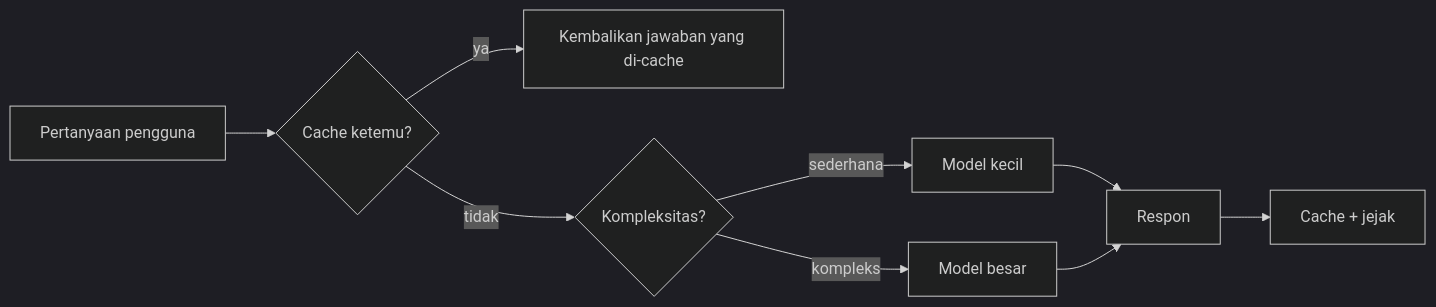
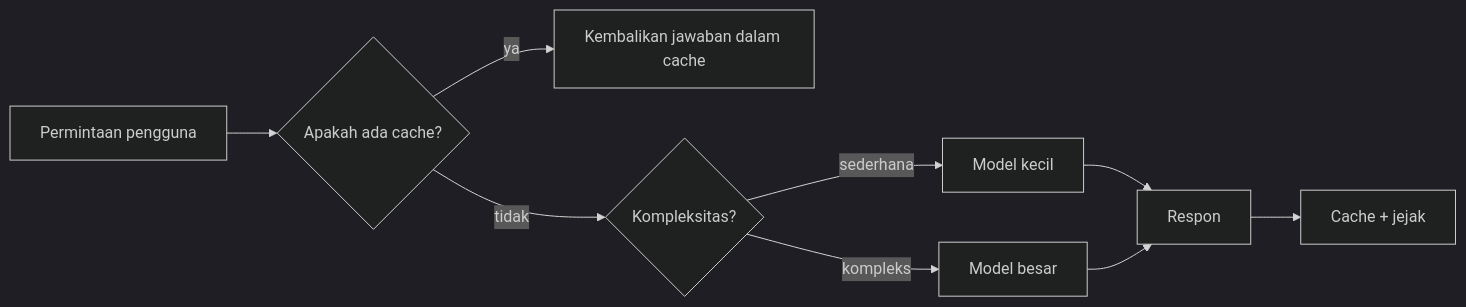
One commit to microsoft/ai-agents-for-beginners changed the third of 4 diagrams in translations/id/16-deploying-scalable-agents/README.md. Above: the diagram before and after it, drawn with Mermaid (dark theme). The commit also changed other lines of this file and 46 other files, not shown here.

````diff
--- a/translations/id/16-deploying-scalable-agents/README.md
+++ b/translations/id/16-deploying-scalable-agents/README.md
@@ -134,11 +134,11 @@
 ```mermaid
 flowchart LR
-    Q[Pertanyaan pengguna] --> C{Cache ketemu?}
-    C -->|ya| R[Kembalikan jawaban yang di-cache]
+    Q[Permintaan pengguna] --> C{Apakah ada cache?}
+    C -->|ya| R[Kembalikan jawaban dalam cache]
     C -->|tidak| Router{Kompleksitas?}
     Router -->|sederhana| SLM[Model kecil]
     Router -->|kompleks| LLM[Model besar]
     SLM --> Out[Respon]
     LLM --> Out
     Out --> Store[Cache + jejak]
 ```
````
